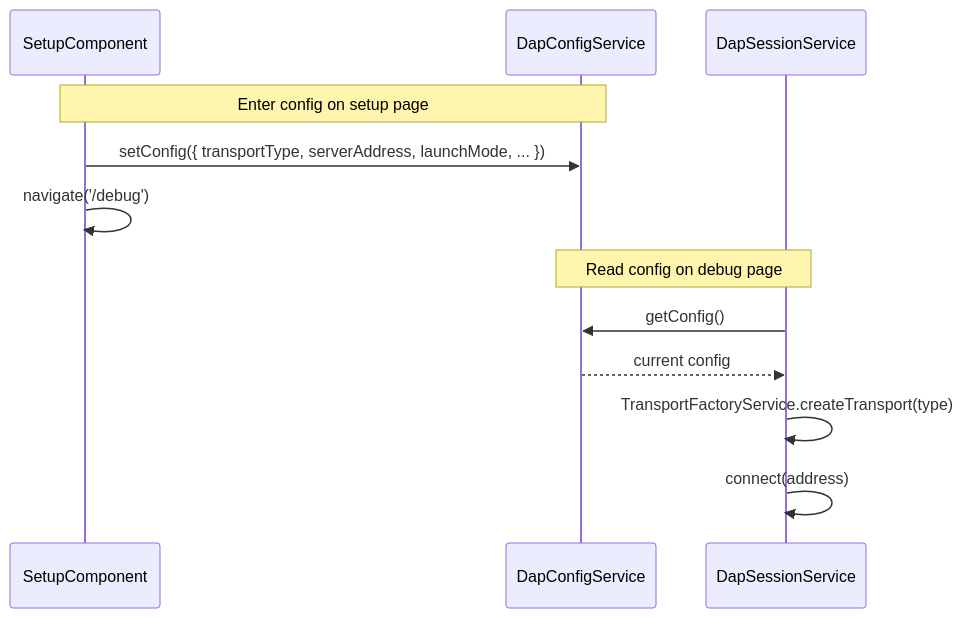
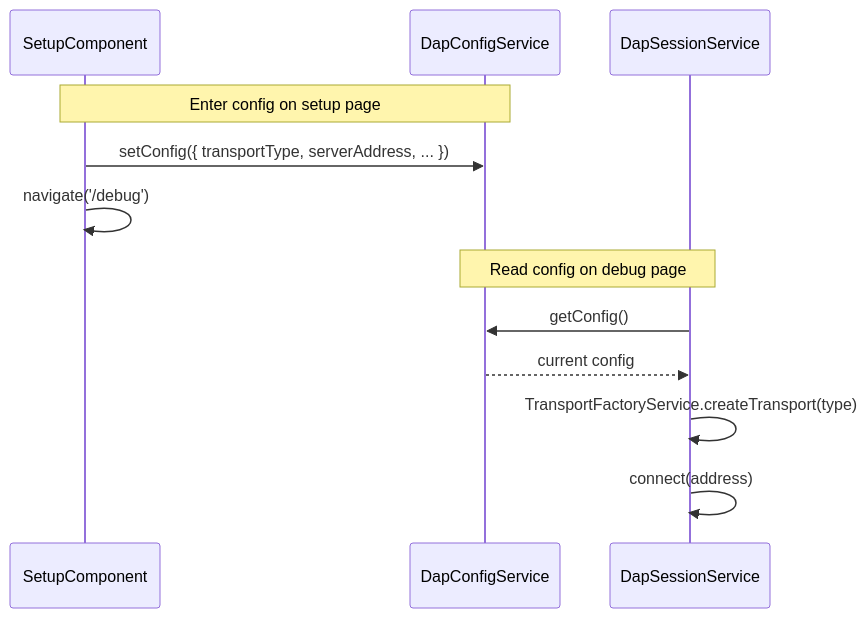
One commit to tangpo387-arch/taro-debugger changed the second of 2 diagrams in docs/architecture/session-layer.md. Above: the diagram before and after it, drawn with Mermaid. The commit also changed other lines of this file and 10 other files, not shown here.

````diff
--- a/docs/architecture/session-layer.md
+++ b/docs/architecture/session-layer.md
@@ -146,16 +185,16 @@
 ```mermaid
 sequenceDiagram
     participant SC as SetupComponent
     participant DCS as DapConfigService
     participant DSS as DapSessionService
 
     Note over SC, DCS: Enter config on setup page
-    SC->>DCS: setConfig({ transportType, serverAddress, launchMode, ... })
+    SC->>DCS: setConfig({ transportType, serverAddress, ... })
     SC->>SC: navigate('/debug')
 
     Note over DSS, DCS: Read config on debug page
     DSS->>DCS: getConfig()
     DCS-->>DSS: current config
     DSS->>DSS: TransportFactoryService.createTransport(type)
     DSS->>DSS: connect(address)
 ```
````
